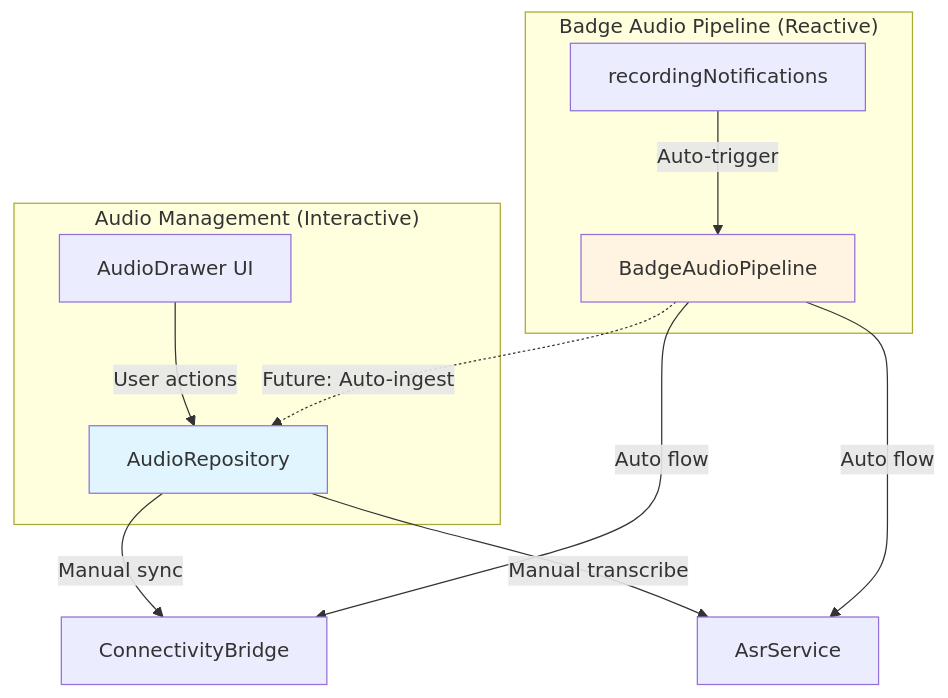
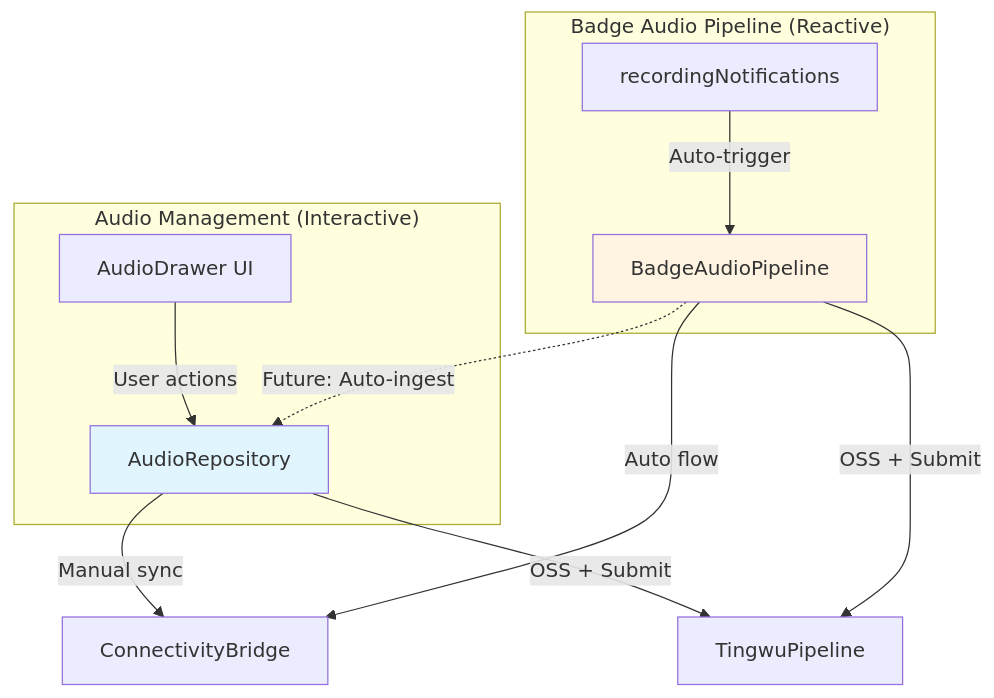
Before and after one commit to esir-nus/smart-sales-main: the diagram in docs/cerb/audio-management/spec.md, drawn with Mermaid. The commit also changed other lines of this file and 75 other files, not shown here.

````diff
--- a/docs/cerb/audio-management/spec.md
+++ b/docs/cerb/audio-management/spec.md
@@ -28,24 +30,24 @@
 ```mermaid
 graph TB
     subgraph "Audio Management (Interactive)"
         UI[AudioDrawer UI]
         Repo[AudioRepository]
         UI -->|User actions| Repo
     end
     
     subgraph "Badge Audio Pipeline (Reactive)"
         Pipeline[BadgeAudioPipeline]
         Events[recordingNotifications]
         Events -->|Auto-trigger| Pipeline
     end
     
     Repo -->|Manual sync| ConnBridge[ConnectivityBridge]
-    Repo -->|Manual transcribe| ASR[AsrService]
+    Repo -->|OSS + Submit| Tingwu[TingwuPipeline]
     Pipeline -->|Auto flow| ConnBridge
-    Pipeline -->|Auto flow| ASR
+    Pipeline -->|OSS + Submit| Tingwu
     
     Pipeline -.->|Future: Auto-ingest| Repo
     
     style Repo fill:#e1f5ff
     style Pipeline fill:#fff4e1
 ```
````
